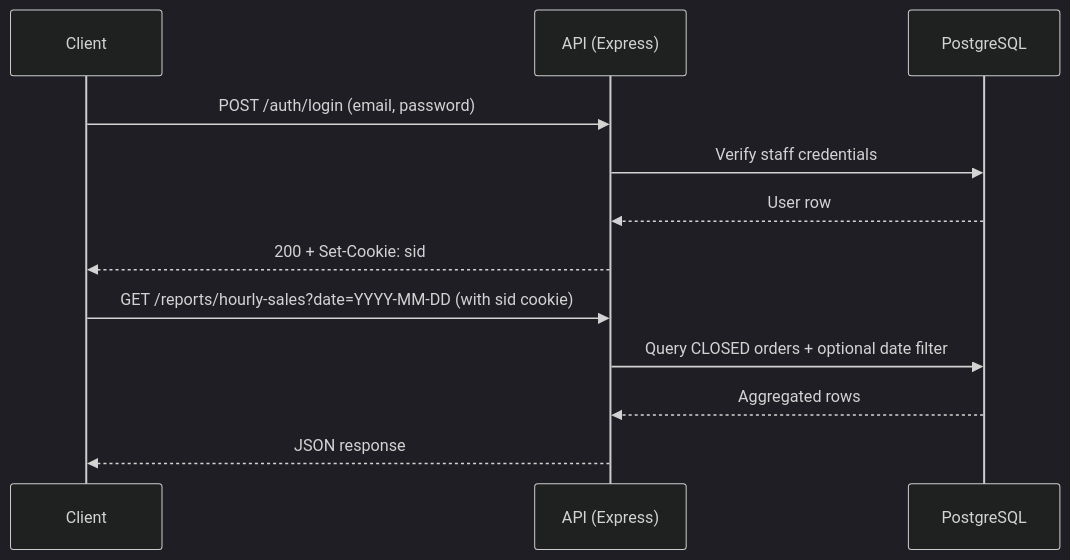
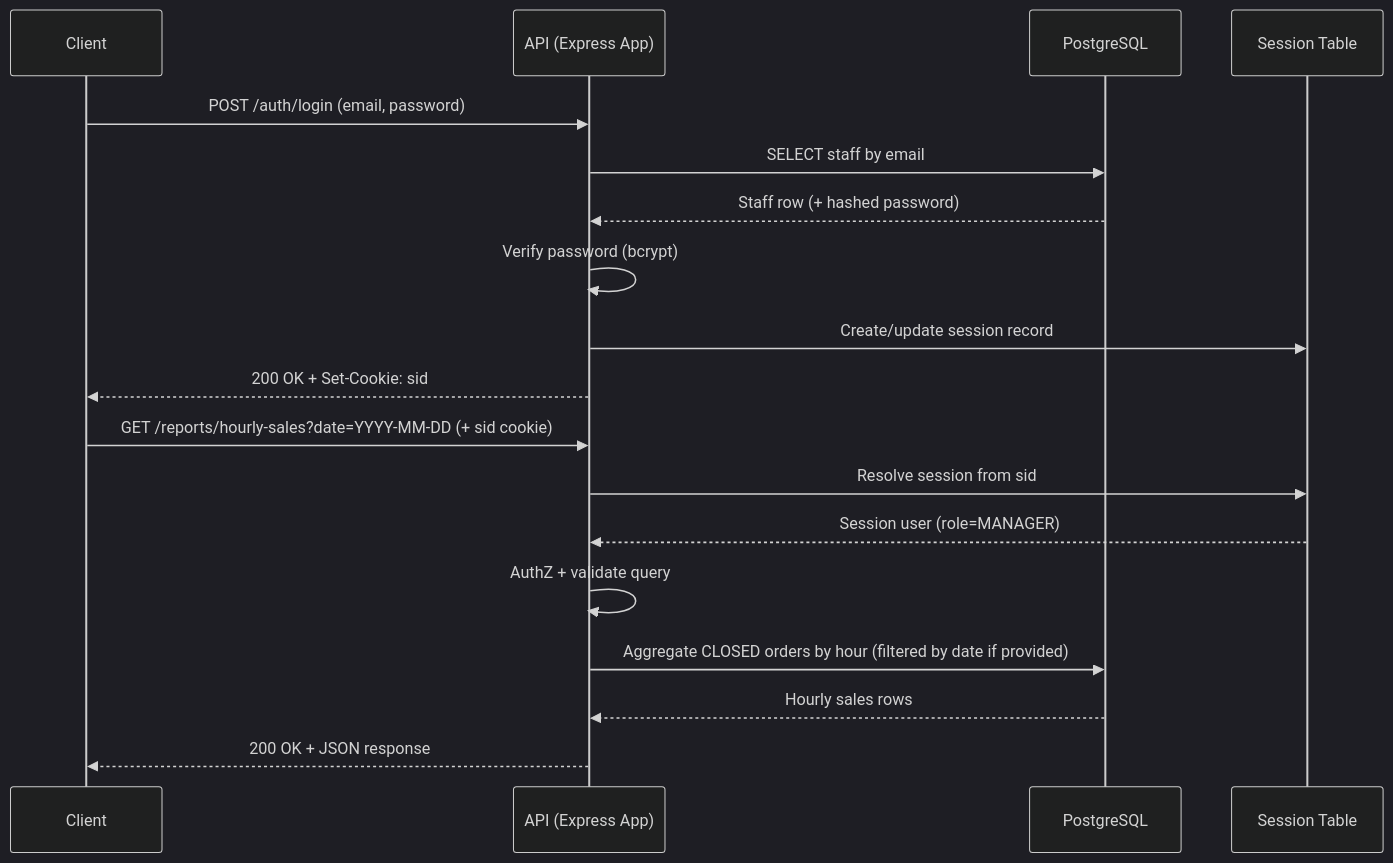
The second of 2 diagrams in README.md (YngwieJM/javascript-fullstack-selflearn), drawn with Mermaid (dark theme) before and after one commit. The commit also changed other lines of this file and 9 other files, not shown here.

````diff
--- a/README.md
+++ b/README.md
@@ -45,16 +55,22 @@
 ```mermaid
 sequenceDiagram
   participant C as Client
-  participant A as API (Express)
+  participant A as API (Express App)
   participant D as PostgreSQL
+  participant S as Session Table
 
   C->>A: POST /auth/login (email, password)
-  A->>D: Verify staff credentials
-  D-->>A: User row
-  A-->>C: 200 + Set-Cookie: sid
+  A->>D: SELECT staff by email
+  D-->>A: Staff row (+ hashed password)
+  A->>A: Verify password (bcrypt)
+  A->>S: Create/update session record
+  A-->>C: 200 OK + Set-Cookie: sid
 
-  C->>A: GET /reports/hourly-sales?date=YYYY-MM-DD (with sid cookie)
-  A->>D: Query CLOSED orders + optional date filter
-  D-->>A: Aggregated rows
-  A-->>C: JSON response
+  C->>A: GET /reports/hourly-sales?date=YYYY-MM-DD (+ sid cookie)
+  A->>S: Resolve session from sid
+  S-->>A: Session user (role=MANAGER)
+  A->>A: AuthZ + validate query
+  A->>D: Aggregate CLOSED orders by hour (filtered by date if provided)
+  D-->>A: Hourly sales rows
+  A-->>C: 200 OK + JSON response
 ```
````
